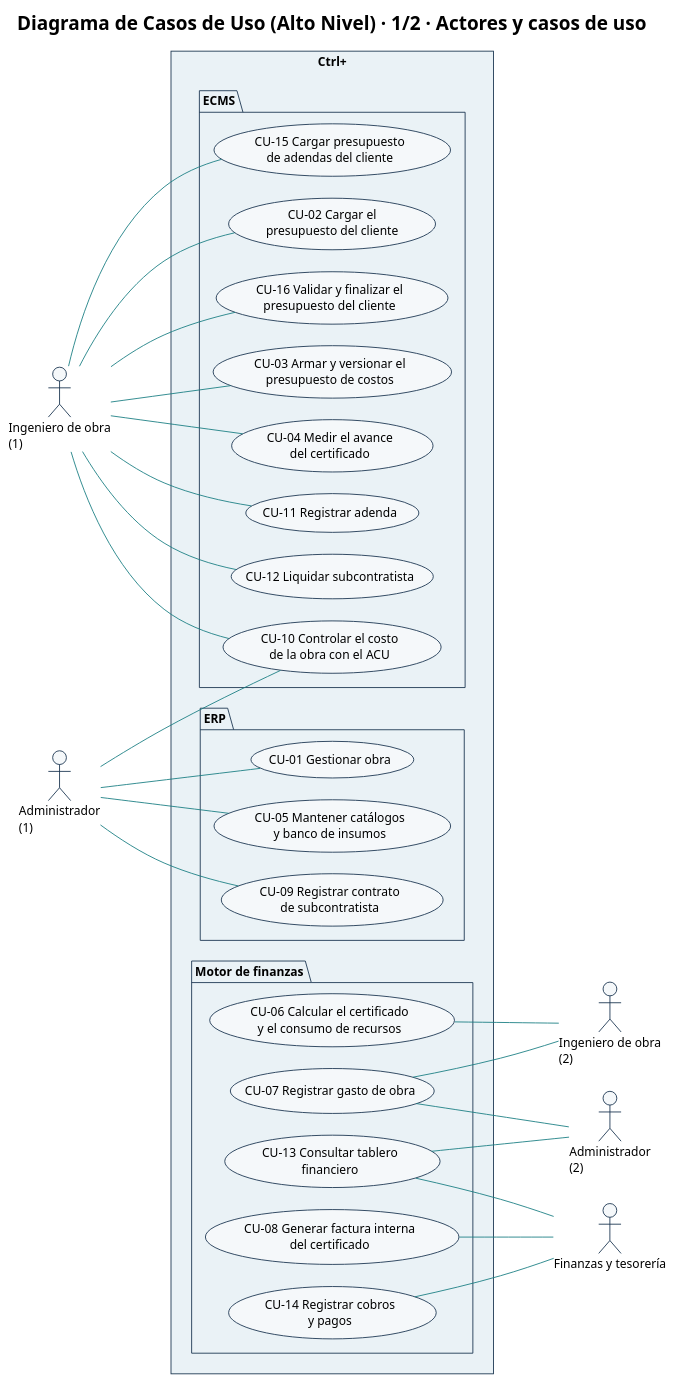
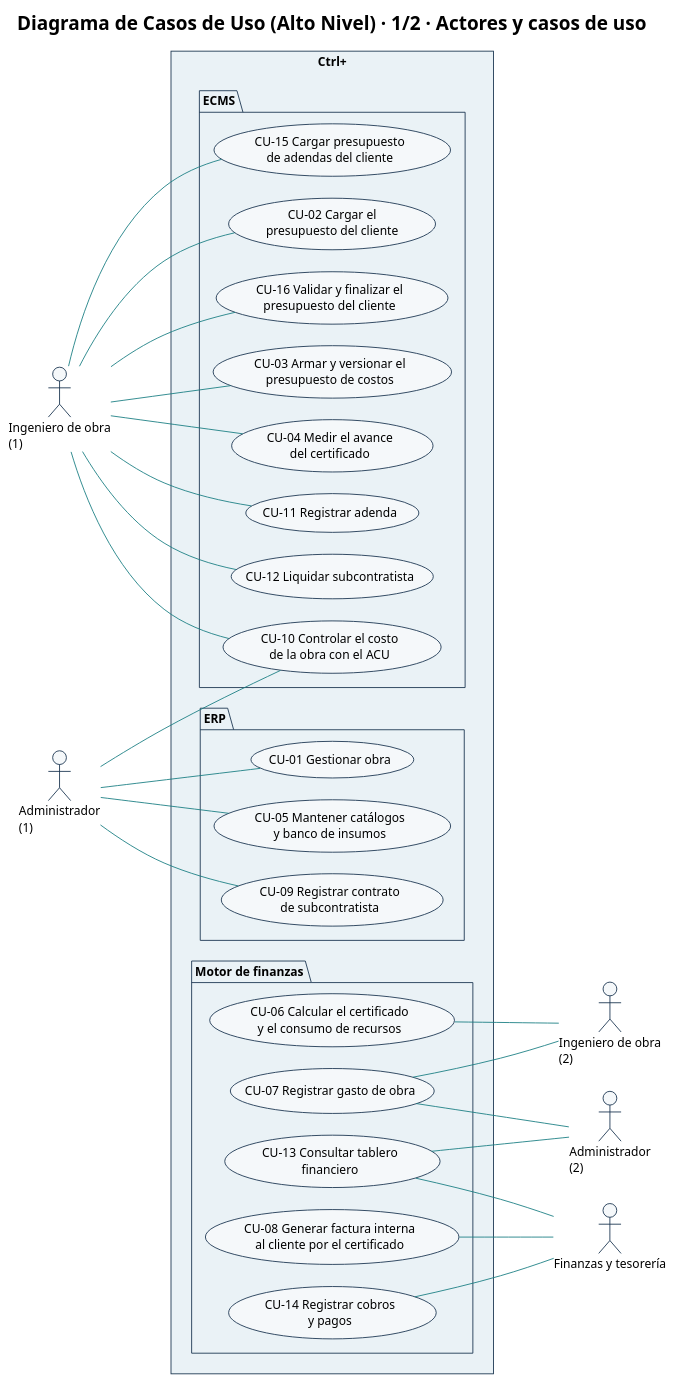
One commit to Ssrrb/tpf-uca changed the diagram in diagramas/CU-00-casos-de-uso-alto-nivel.puml. Above: the diagram before and after it, drawn with PlantUML. The commit also changed 2 other files, not shown here.

Commit message:
Aclara el nombre de CU-08: factura interna al cliente por el certificado
Claude-Session: https://claude.ai/code/session_01SsyG3wCMXzRw729TatmkYY

```diff
--- a/diagramas/CU-00-casos-de-uso-alto-nivel.puml
+++ b/diagramas/CU-00-casos-de-uso-alto-nivel.puml
@@ -1,88 +1,88 @@
 @startuml
 !theme plain
 skinparam style strictuml
 title Diagrama de Casos de Uso (Alto Nivel) · 1/2 · Actores y casos de uso
 skinparam shadowing false
 skinparam defaultFontName Arial
 skinparam defaultFontSize 14
 skinparam ArrowColor #167C80
 skinparam actor {
   BackgroundColor #F5F8FA
   BorderColor #17324D
 }
 skinparam usecase {
   BackgroundColor #F5F8FA
   BorderColor #17324D
 }
 skinparam rectangle {
   BackgroundColor #FFFFFF
   BorderColor #17324D
 }
 skinparam package {
   BackgroundColor #EAF2F6
   BorderColor #17324D
 }
 left to right direction
 skinparam nodesep 25
 skinparam ranksep 110
 
 actor "Ingeniero de obra\n(1)" as ING
 actor "Administrador\n(1)" as ADM
 actor "Ingeniero de obra\n(2)" as ING2
 actor "Administrador\n(2)" as ADM2
 actor "Finanzas y tesorería" as FIN
 
 rectangle "Ctrl+" {
   package "ERP" {
     usecase "CU-01 Gestionar obra" as CU01
     usecase "CU-05 Mantener catálogos\ny banco de insumos" as CU05
     usecase "CU-09 Registrar contrato\nde subcontratista" as CU09
   }
   package "ECMS" {
     usecase "CU-02 Cargar el\npresupuesto del cliente" as CU02
     usecase "CU-16 Validar y finalizar el\npresupuesto del cliente" as CU16
     usecase "CU-03 Armar y versionar el\npresupuesto de costos" as CU03
     usecase "CU-04 Medir el avance\ndel certificado" as CU04
     usecase "CU-10 Controlar el costo\nde la obra con el ACU" as CU10
     usecase "CU-11 Registrar adenda" as CU11
     usecase "CU-12 Liquidar subcontratista" as CU12
     usecase "CU-15 Cargar presupuesto\nde adendas del cliente" as CU15
   }
   package "Motor de finanzas" {
     usecase "CU-06 Calcular el certificado\ny el consumo de recursos" as CU06
     usecase "CU-07 Registrar gasto de obra" as CU07
-    usecase "CU-08 Generar factura interna\ndel certificado" as CU08
+    usecase "CU-08 Generar factura interna\nal cliente por el certificado" as CU08
     usecase "CU-13 Consultar tablero\nfinanciero" as CU13
     usecase "CU-14 Registrar cobros\ny pagos" as CU14
   }
 }
 
 ' Los actores (1) quedan a la izquierda y los (2) a la derecha,
 ' junto a los CU que usan, para que ninguna asociación cruce el diagrama.
 ' Ingeniero de obra (1): CU del ECMS que quedan a la izquierda
 ING -- CU02
 ING -- CU16
 ING -- CU15
 ING -- CU11
 ING -- CU04
 ING -- CU12
 ING -- CU03
 ING -- CU10
 
 ' Administrador (1): ERP y control de costos
 ADM -- CU10
 ADM -- CU01
 ADM -- CU05
 ADM -- CU09
 
 ' Ingeniero de obra (2), Administrador (2) y Finanzas y tesorería: a la derecha
 
 CU06 -- ING2
 CU07 -- ING2
 CU07 -- ADM2
 CU13 -- ADM2
 CU13 -- FIN
 CU08 -- FIN
 CU14 -- FIN
 
 @enduml
```
